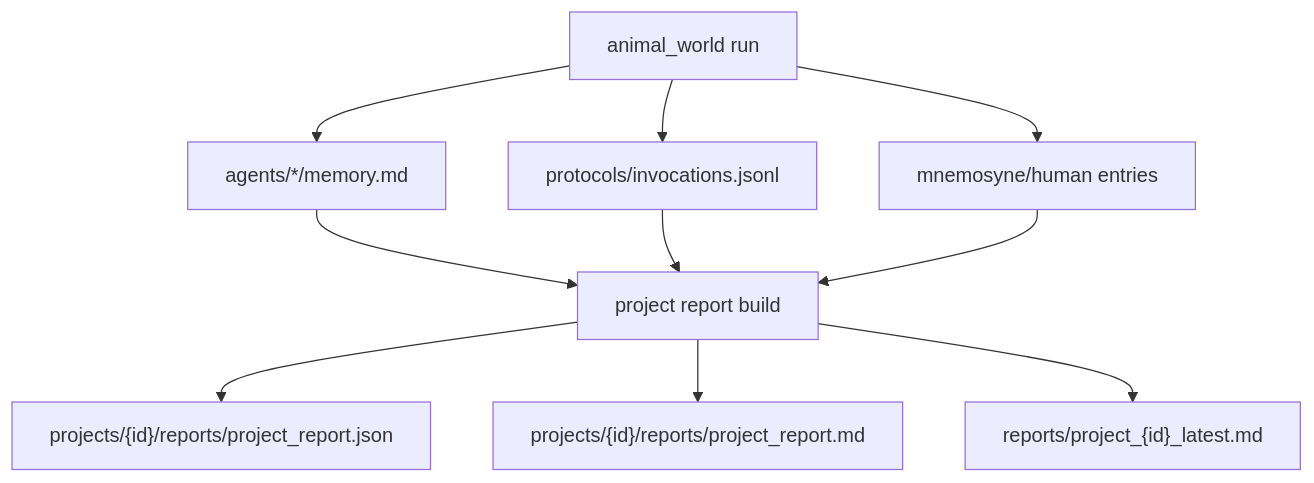
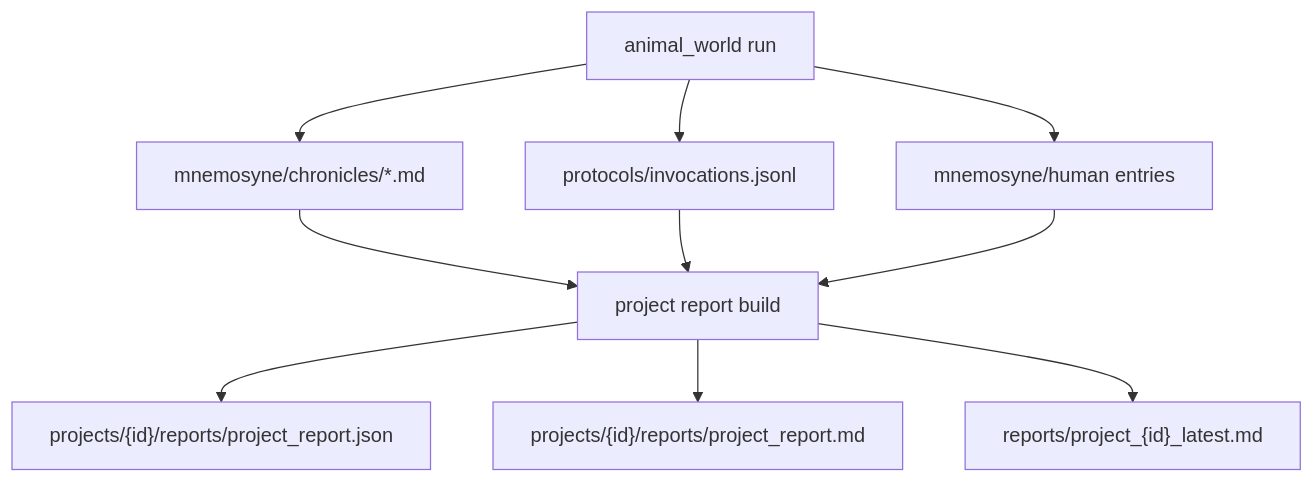
Diagram 26 of 26 in docs/ARCHITECTURE_MERMAID.md (Lands54/Pantheon), drawn with Mermaid before and after one commit. The commit also changed other lines of this file and 89 other files, not shown here.

Commit message:
refactor: remove compatibility tracks and align docs to single-track architecture

````diff
--- a/docs/ARCHITECTURE_MERMAID.md
+++ b/docs/ARCHITECTURE_MERMAID.md
@@ -405,14 +399,14 @@
 ```mermaid
 flowchart TD
-    Run["animal_world run"] --> Log1["agents/*/memory.md"]
+    Run["animal_world run"] --> Log1["mnemosyne/chronicles/*.md"]
     Run --> Log2["protocols/invocations.jsonl"]
     Run --> Log3["mnemosyne/human entries"]
 
     Log1 --> Report["project report build"]
     Log2 --> Report
     Log3 --> Report
 
     Report --> Out1["projects/{id}/reports/project_report.json"]
     Report --> Out2["projects/{id}/reports/project_report.md"]
     Report --> Out3["reports/project_{id}_latest.md"]
 ```
````
